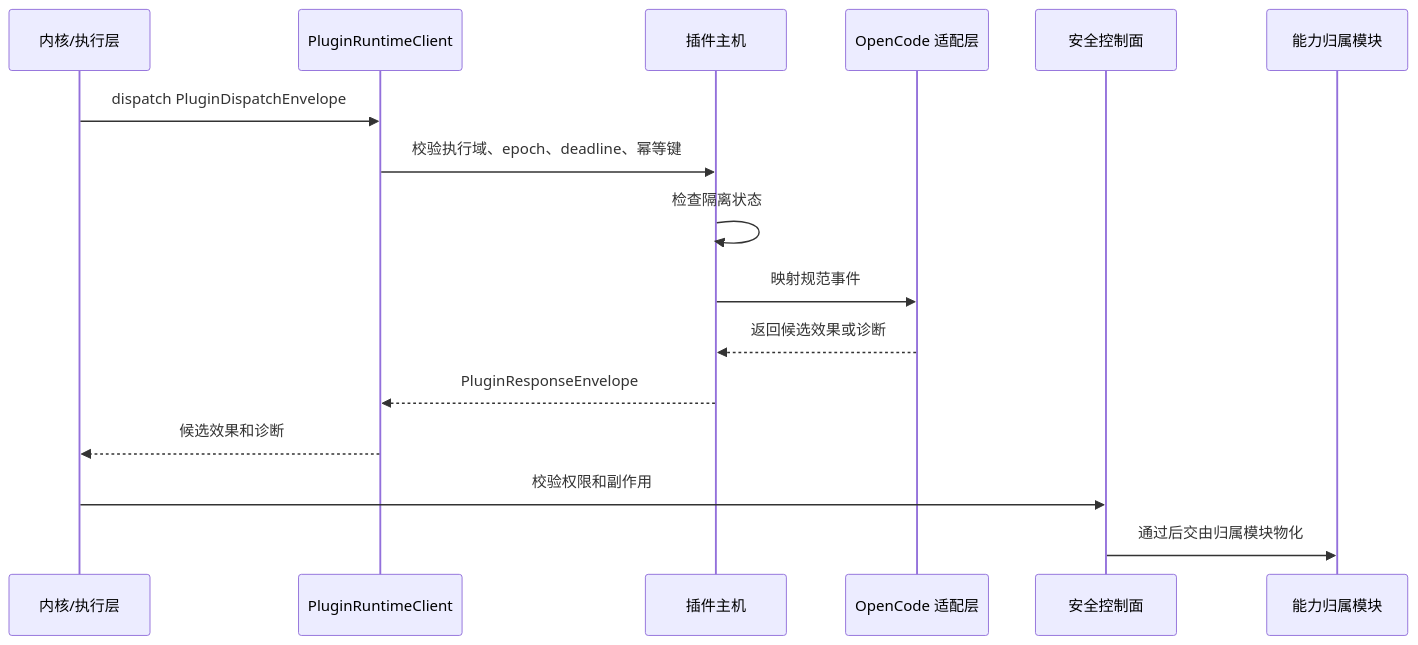
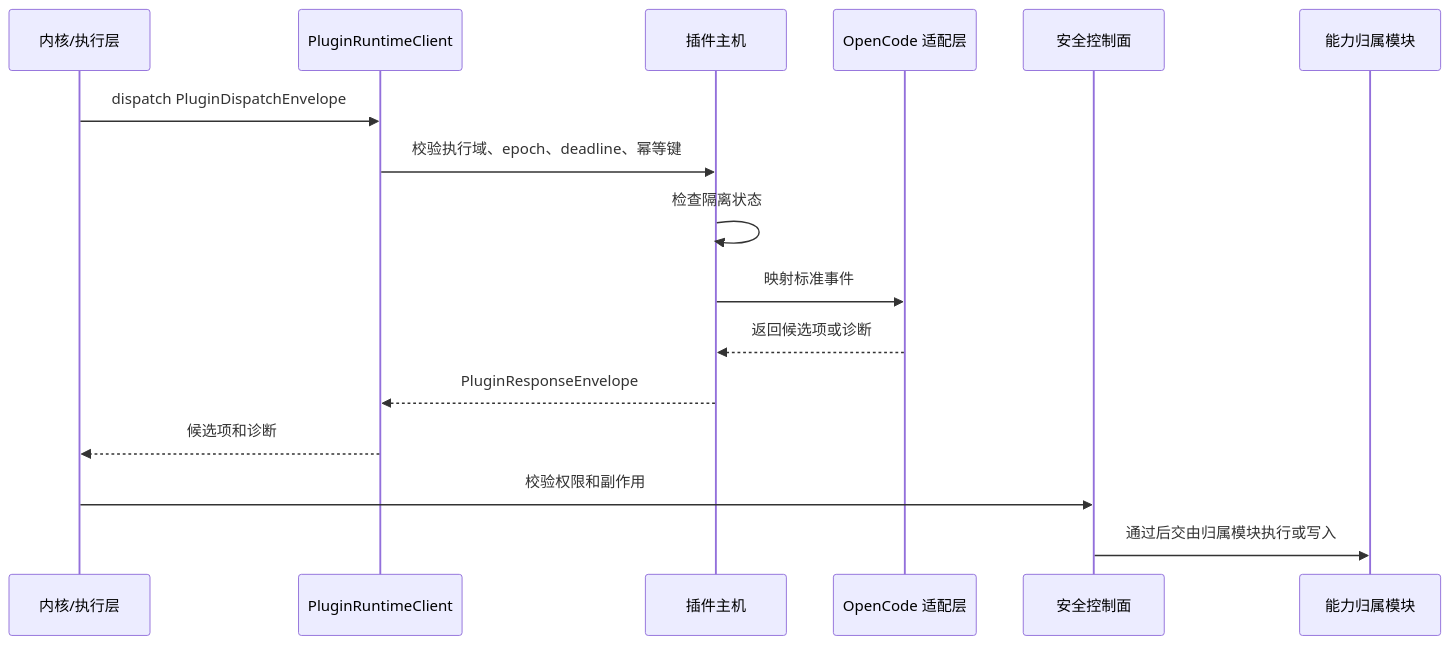
The second of 2 diagrams in docs/architecture/plugin-runtime-host-design.md (1688mengdie/BitFun), drawn with Mermaid before and after one commit. The commit also changed other lines of this file and 12 other files, not shown here.

````diff
--- a/docs/architecture/plugin-runtime-host-design.md
+++ b/docs/architecture/plugin-runtime-host-design.md
@@ -107,19 +110,19 @@
 ```mermaid
 sequenceDiagram
   participant Kernel as 内核/执行层
   participant Client as PluginRuntimeClient
   participant Host as 插件主机
   participant Adapter as OpenCode 适配层
   participant Security as 安全控制面
   participant Owner as 能力归属模块
 
   Kernel->>Client: dispatch PluginDispatchEnvelope
   Client->>Host: 校验执行域、epoch、deadline、幂等键
   Host->>Host: 检查隔离状态
-  Host->>Adapter: 映射规范事件
-  Adapter-->>Host: 返回候选效果或诊断
+  Host->>Adapter: 映射标准事件
+  Adapter-->>Host: 返回候选项或诊断
   Host-->>Client: PluginResponseEnvelope
-  Client-->>Kernel: 候选效果和诊断
+  Client-->>Kernel: 候选项和诊断
   Kernel->>Security: 校验权限和副作用
-  Security->>Owner: 通过后交由归属模块物化
+  Security->>Owner: 通过后交由归属模块执行或写入
 ```
````
